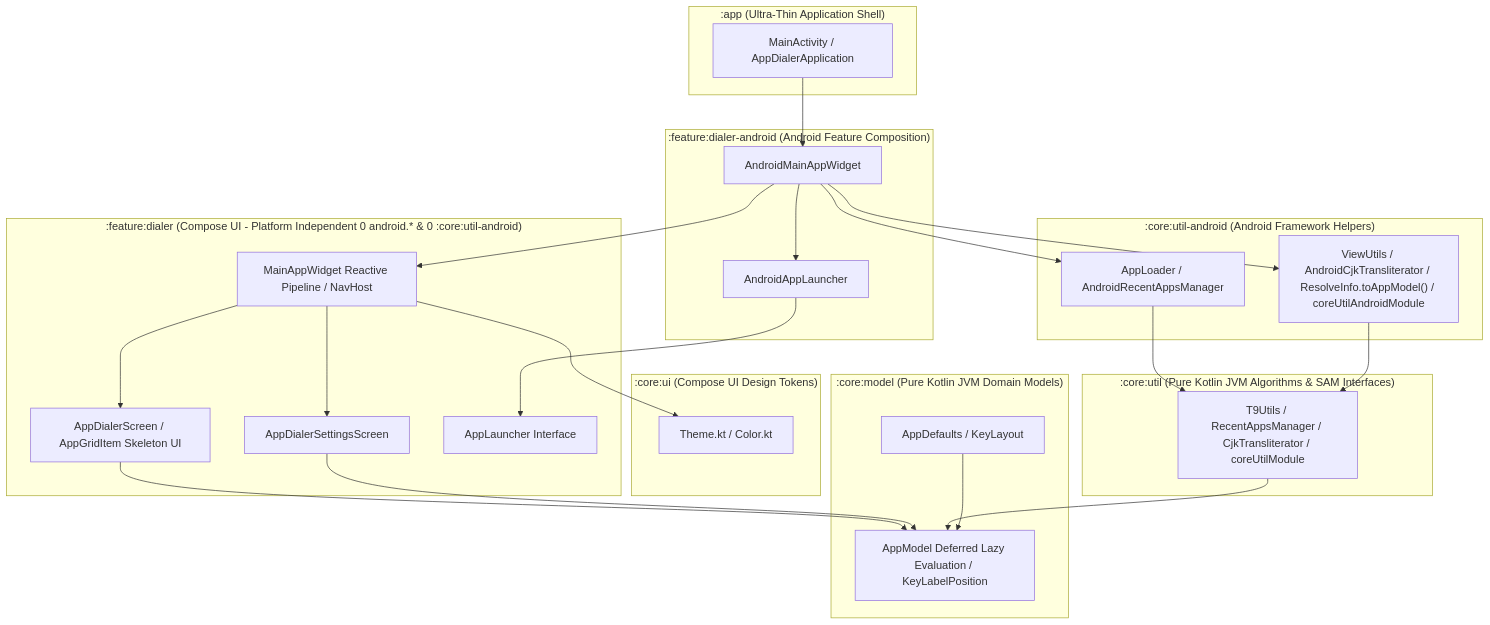
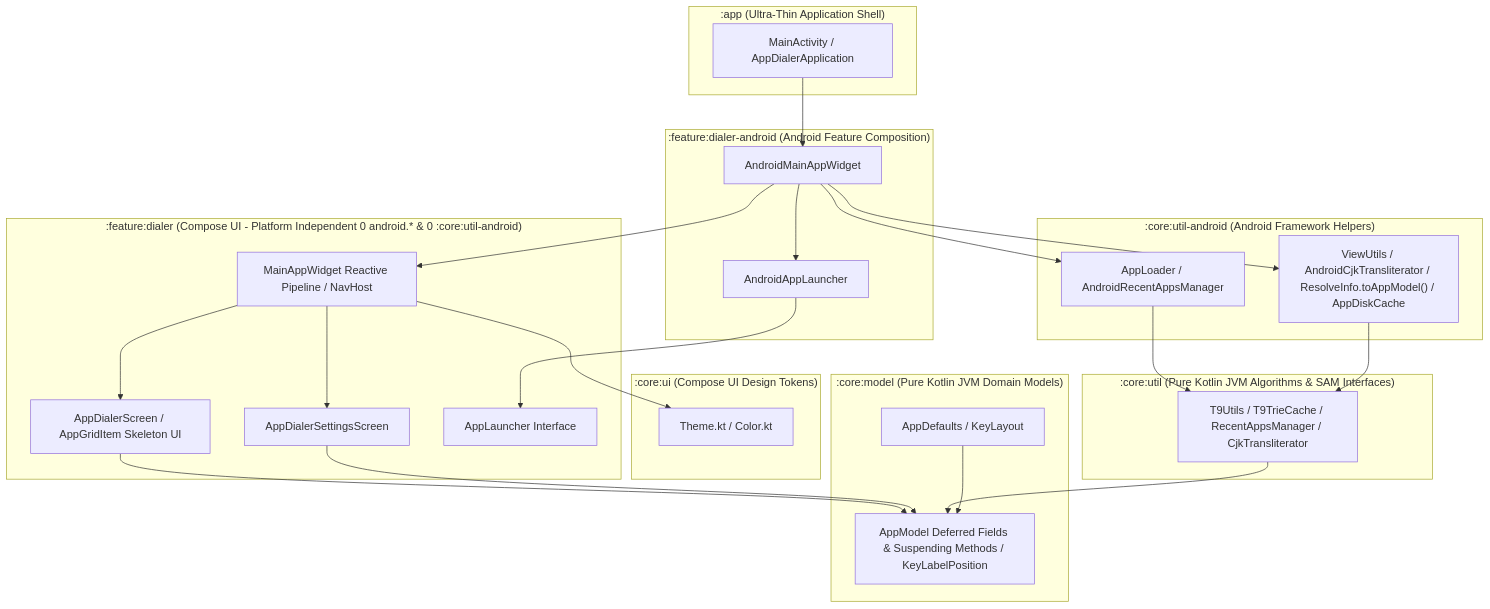
The diagram in ARCHITECTURE.md (yongjhih/app-dialer-app), drawn with Mermaid before and after one commit. The commit also changed other lines of this file and 1 other file, not shown here.

Commit message:
fix: Add coroutines dependency to core:util and finalize Trie & Disk Cache documentation

````diff
--- a/ARCHITECTURE.md
+++ b/ARCHITECTURE.md
@@ -15,52 +15,52 @@
 ```mermaid
 graph TD
     subgraph ":app (Ultra-Thin Application Shell)"
         A["MainActivity / AppDialerApplication"]
     end
 
     subgraph ":feature:dialer-android (Android Feature Composition)"
         B["AndroidMainAppWidget"]
         C["AndroidAppLauncher"]
     end
 
     subgraph ":feature:dialer (Compose UI - Platform Independent 0 android.* & 0 :core:util-android)"
         D["MainAppWidget Reactive Pipeline / NavHost"]
         E["AppDialerScreen / AppGridItem Skeleton UI"]
         F["AppDialerSettingsScreen"]
         G["AppLauncher Interface"]
     end
 
     subgraph ":core:ui (Compose UI Design Tokens)"
         H["Theme.kt / Color.kt"]
     end
 
     subgraph ":core:util-android (Android Framework Helpers)"
         I["AppLoader / AndroidRecentAppsManager"]
-        J["ViewUtils / AndroidCjkTransliterator / ResolveInfo.toAppModel() / coreUtilAndroidModule"]
+        J["ViewUtils / AndroidCjkTransliterator / ResolveInfo.toAppModel() / AppDiskCache"]
     end
 
     subgraph ":core:util (Pure Kotlin JVM Algorithms & SAM Interfaces)"
-        K["T9Utils / RecentAppsManager / CjkTransliterator / coreUtilModule"]
+        K["T9Utils / T9TrieCache / RecentAppsManager / CjkTransliterator"]
     end
 
     subgraph ":core:model (Pure Kotlin JVM Domain Models)"
-        L["AppModel Deferred Lazy Evaluation / KeyLabelPosition"]
+        L["AppModel Deferred Fields & Suspending Methods / KeyLabelPosition"]
         M["AppDefaults / KeyLayout"]
     end
 
     A --> B
     B --> C
     B --> D
     C --> G
     D --> E
     D --> F
     D --> H
     B --> I
     B --> J
     E --> L
     F --> L
     I --> K
     J --> K
     K --> L
     M --> L
 ```
````
